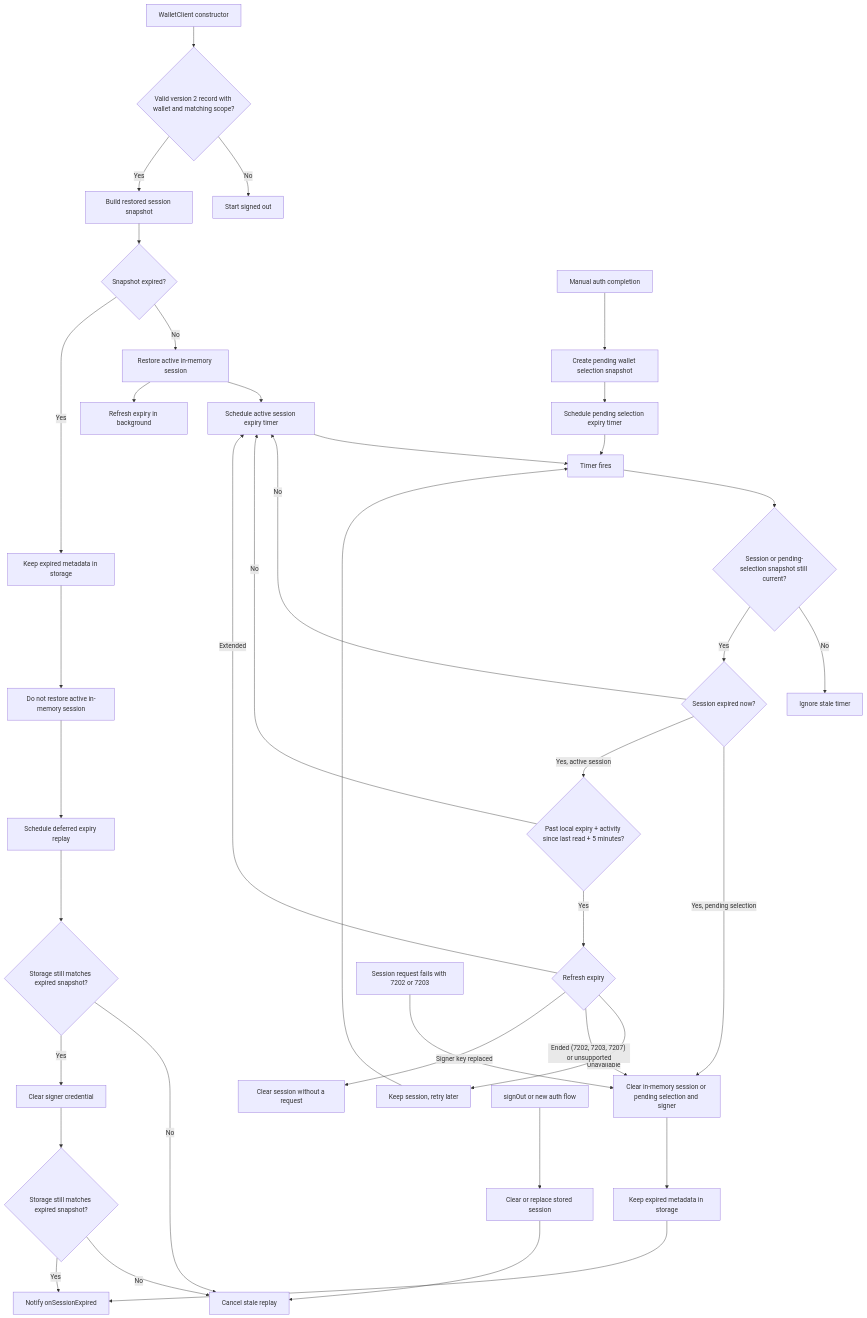
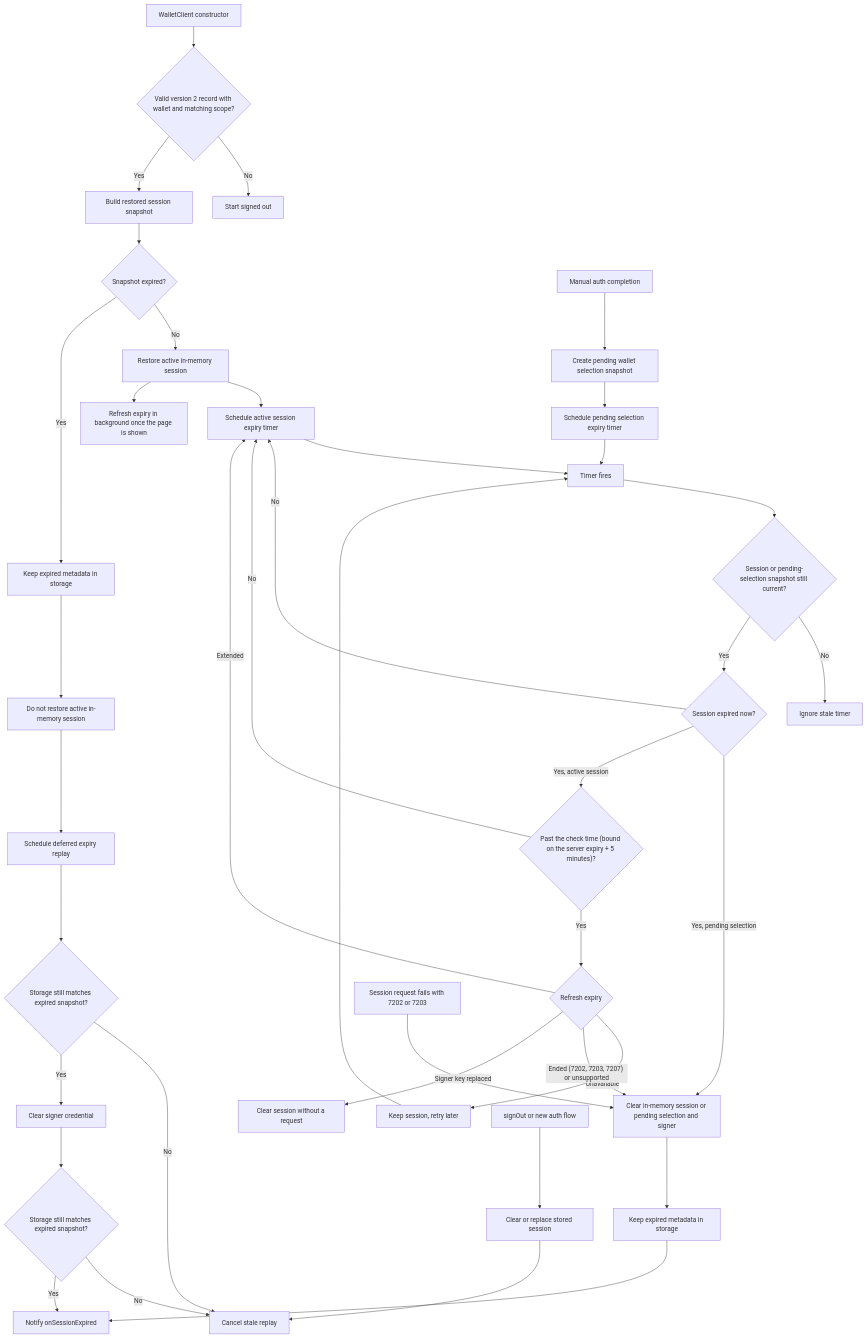
The diagram in packages/oms-wallet/docs/session-expiry-flow.md (0xPolygon/oms-wallet-typescript-sdk), drawn with Mermaid before and after one commit. The commit also changed other lines of this file and 21 other files, not shown here.

First line of the commit message:
fix(session): bound idle expiry checks from sign-in and harden refresh and Execute errors

````diff
--- a/packages/oms-wallet/docs/session-expiry-flow.md
+++ b/packages/oms-wallet/docs/session-expiry-flow.md
@@ -42,50 +63,50 @@
 ```mermaid
 flowchart TD
   A["WalletClient constructor"] --> B{"Valid version 2 record with wallet and matching scope?"}
   B -- "No" --> C["Start signed out"]
 
   B -- "Yes" --> D["Build restored session snapshot"]
   D --> E{"Snapshot expired?"}
 
   E -- "No" --> F["Restore active in-memory session"]
   F --> G["Schedule active session expiry timer"]
 
   X["Manual auth completion"] --> Y["Create pending wallet selection snapshot"]
   Y --> Z["Schedule pending selection expiry timer"]
   Z --> P
 
   E -- "Yes" --> H["Keep expired metadata in storage"]
   H --> I["Do not restore active in-memory session"]
   I --> J["Schedule deferred expiry replay"]
 
   J --> K{"Storage still matches expired snapshot?"}
   K -- "No" --> L["Cancel stale replay"]
   K -- "Yes" --> M["Clear signer credential"]
 
   M --> N{"Storage still matches expired snapshot?"}
   N -- "No" --> L
   N -- "Yes" --> O["Notify onSessionExpired"]
 
-  F --> FR["Refresh expiry in background"]
+  F --> FR["Refresh expiry in background once the page is shown"]
   G --> P["Timer fires"]
   P --> Q{"Session or pending-selection snapshot still current?"}
   Q -- "No" --> R["Ignore stale timer"]
   Q -- "Yes" --> S{"Session expired now?"}
   S -- "No" --> G
   S -- "Yes, pending selection" --> T["Clear in-memory session or pending selection and signer"]
-  S -- "Yes, active session" --> CK{"Past local expiry + activity since last read + 5 minutes?"}
+  S -- "Yes, active session" --> CK{"Past the check time (bound on the server expiry + 5 minutes)?"}
   CK -- "No" --> G
   CK -- "Yes" --> RF{"Refresh expiry"}
   RF -- "Extended" --> G
   RF -- "Unavailable" --> RT["Keep session, retry later"]
   RT --> P
   RF -- "Ended (7202, 7203, 7207) or unsupported" --> T
   RF -- "Signer key replaced" --> SC["Clear session without a request"]
   T --> U["Keep expired metadata in storage"]
   U --> O
 
   AC["Session request fails with 7202 or 7203"] --> T
 
   V["signOut or new auth flow"] --> W["Clear or replace stored session"]
   W --> L
 ```
````
